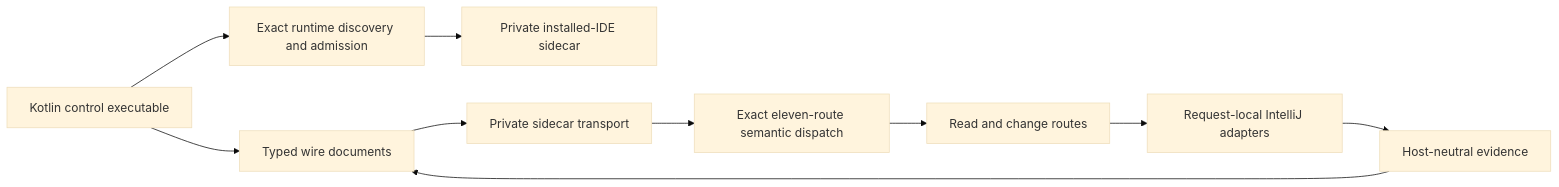
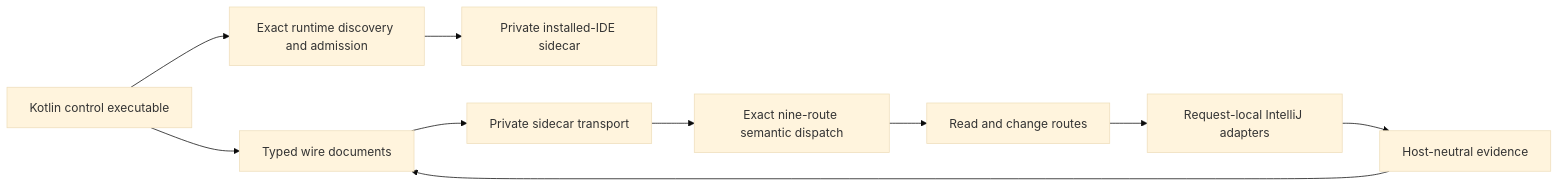
Before and after one commit to amichne/kast: the second of 2 diagrams in docs/public/explanation/how-kast-works.mdx, drawn with Mermaid (base theme). The commit also changed other lines of this file and 124 other files, not shown here.

````diff
--- a/docs/public/explanation/how-kast-works.mdx
+++ b/docs/public/explanation/how-kast-works.mdx
@@ -194,12 +194,12 @@
     ```mermaid placement="top-right" actions={true}
     flowchart LR
         CLI[Kotlin control executable] --> ADMIT[Exact runtime discovery and admission]
         CLI --> WIRE[Typed wire documents]
         ADMIT --> SIDECAR[Private installed-IDE sidecar]
         WIRE --> TRANSPORT[Private sidecar transport]
-        TRANSPORT --> DISPATCH[Exact eleven-route semantic dispatch]
+        TRANSPORT --> DISPATCH[Exact nine-route semantic dispatch]
         DISPATCH --> ROUTES[Read and change routes]
         ROUTES --> K2[Request-local IntelliJ adapters]
         K2 --> EVIDENCE[Host-neutral evidence]
         EVIDENCE --> WIRE
     ```
````
